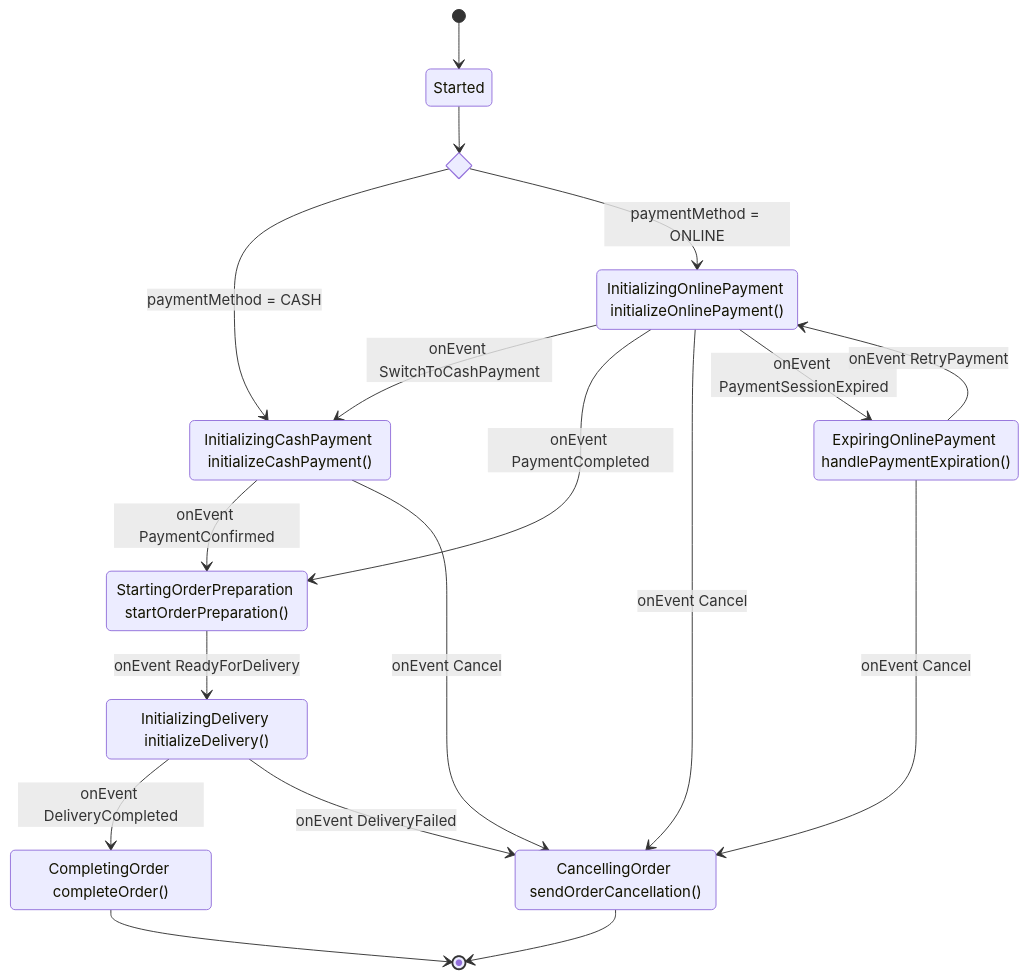
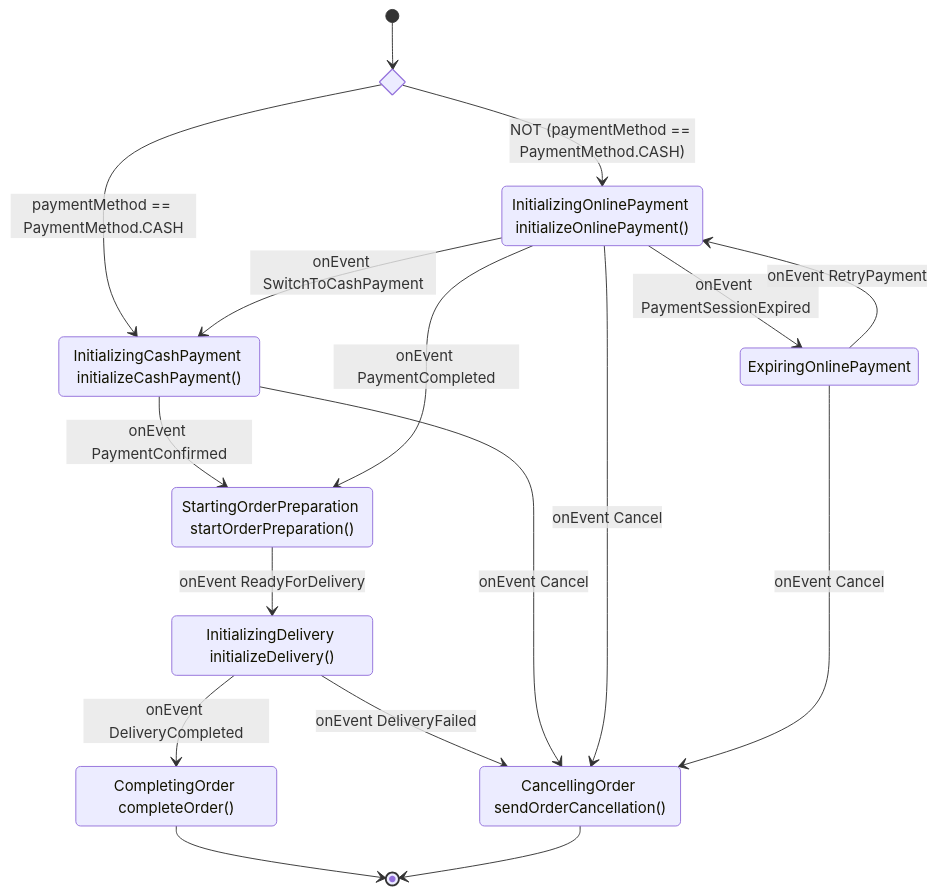
The first of 4 diagrams in README.md (marcingurbisz/flowlite), drawn with Mermaid before and after one commit. The commit also changed other lines of this file and 8 other files, not shown here.

Commit message:
feat: auto-generate flow docs (#4)

````diff
--- a/README.md
+++ b/README.md
@@ -177,31 +184,27 @@
 ```mermaid
 stateDiagram-v2
-    state if_payment_method <<choice>>
-    
-    [*] --> Started
-    Started --> if_payment_method
-    CancellingOrder --> [*]
-    if_payment_method --> InitializingCashPayment: paymentMethod = CASH
-    if_payment_method --> InitializingOnlinePayment: paymentMethod = ONLINE
+    state if_paymentmethod_paymentmethod_cash <<choice>>
+    [*] --> if_paymentmethod_paymentmethod_cash
+    if_paymentmethod_paymentmethod_cash --> InitializingCashPayment: paymentMethod == PaymentMethod.CASH
     InitializingCashPayment: InitializingCashPayment initializeCashPayment()
     InitializingCashPayment --> StartingOrderPreparation: onEvent PaymentConfirmed
+    StartingOrderPreparation: StartingOrderPreparation startOrderPreparation()
+    StartingOrderPreparation --> InitializingDelivery: onEvent ReadyForDelivery
+    InitializingDelivery: InitializingDelivery initializeDelivery()
+    InitializingDelivery --> CompletingOrder: onEvent DeliveryCompleted
+    CompletingOrder: CompletingOrder completeOrder()
+    InitializingDelivery --> CancellingOrder: onEvent DeliveryFailed
+    CancellingOrder: CancellingOrder sendOrderCancellation()
     InitializingCashPayment --> CancellingOrder: onEvent Cancel
+    if_paymentmethod_paymentmethod_cash --> InitializingOnlinePayment: NOT (paymentMethod == PaymentMethod.CASH)
     InitializingOnlinePayment: InitializingOnlinePayment initializeOnlinePayment()
+    InitializingOnlinePayment --> StartingOrderPreparation: onEvent PaymentCompleted
     InitializingOnlinePayment --> InitializingCashPayment: onEvent SwitchToCashPayment
-    InitializingOnlinePayment --> StartingOrderPreparation: onEvent PaymentCompleted
-    InitializingOnlinePayment --> CancellingOrder: onEvent Cancel 
+    InitializingOnlinePayment --> CancellingOrder: onEvent Cancel
     InitializingOnlinePayment --> ExpiringOnlinePayment: onEvent PaymentSessionExpired
-    ExpiringOnlinePayment: ExpiringOnlinePayment handlePaymentExpiration()
     ExpiringOnlinePayment --> InitializingOnlinePayment: onEvent RetryPayment
     ExpiringOnlinePayment --> CancellingOrder: onEvent Cancel
-    StartingOrderPreparation: StartingOrderPreparation startOrderPreparation()
-    StartingOrderPreparation --> InitializingDelivery: onEvent ReadyForDelivery
-     
-    InitializingDelivery: InitializingDelivery initializeDelivery()
-    InitializingDelivery --> CompletingOrder: onEvent DeliveryCompleted
-    InitializingDelivery --> CancellingOrder: onEvent DeliveryFailed
-    
-    CompletingOrder: CompletingOrder completeOrder()
-    CancellingOrder: CancellingOrder sendOrderCancellation()
     CompletingOrder --> [*]
+    CancellingOrder --> [*]
+
 ```
````
